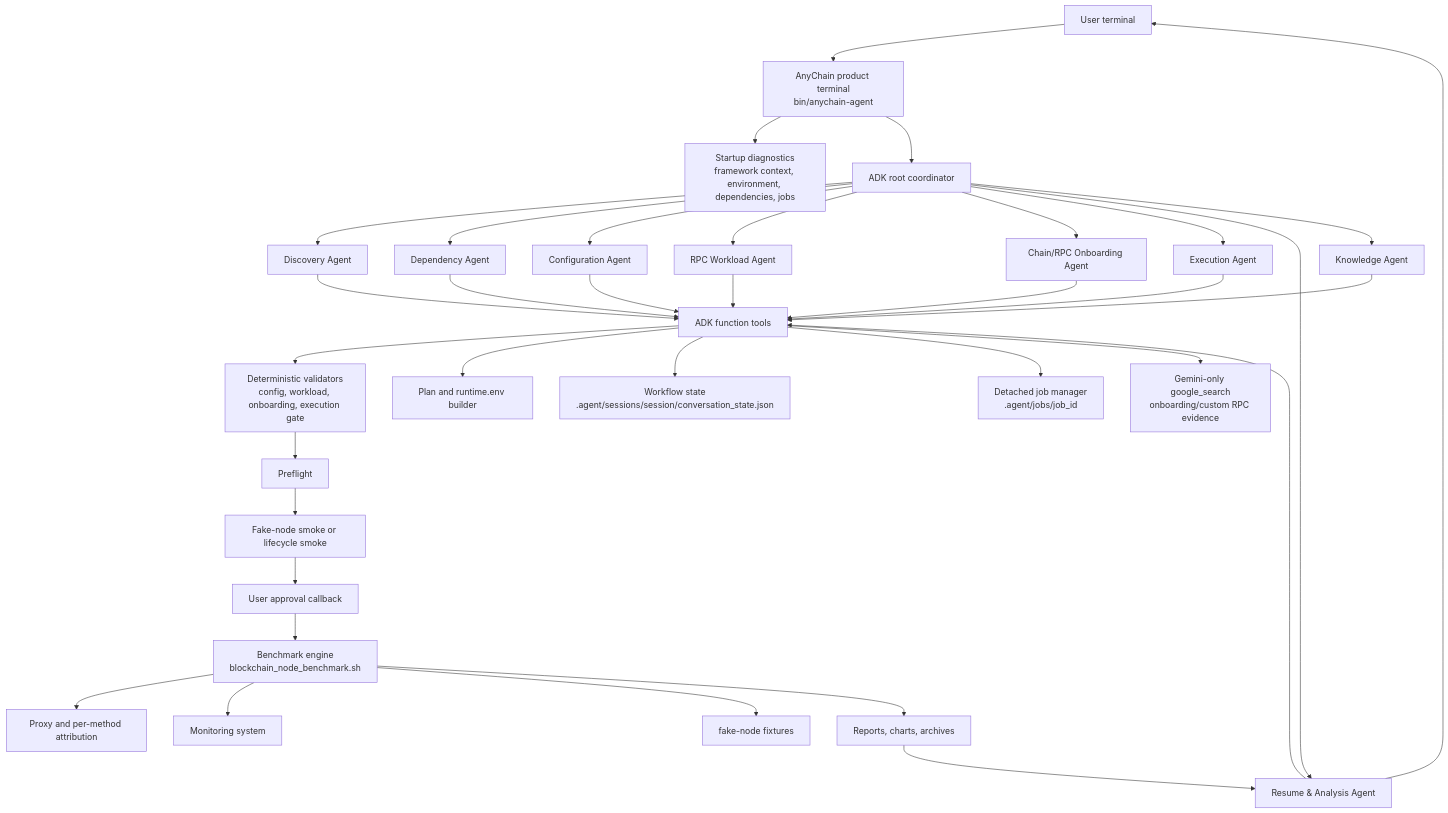
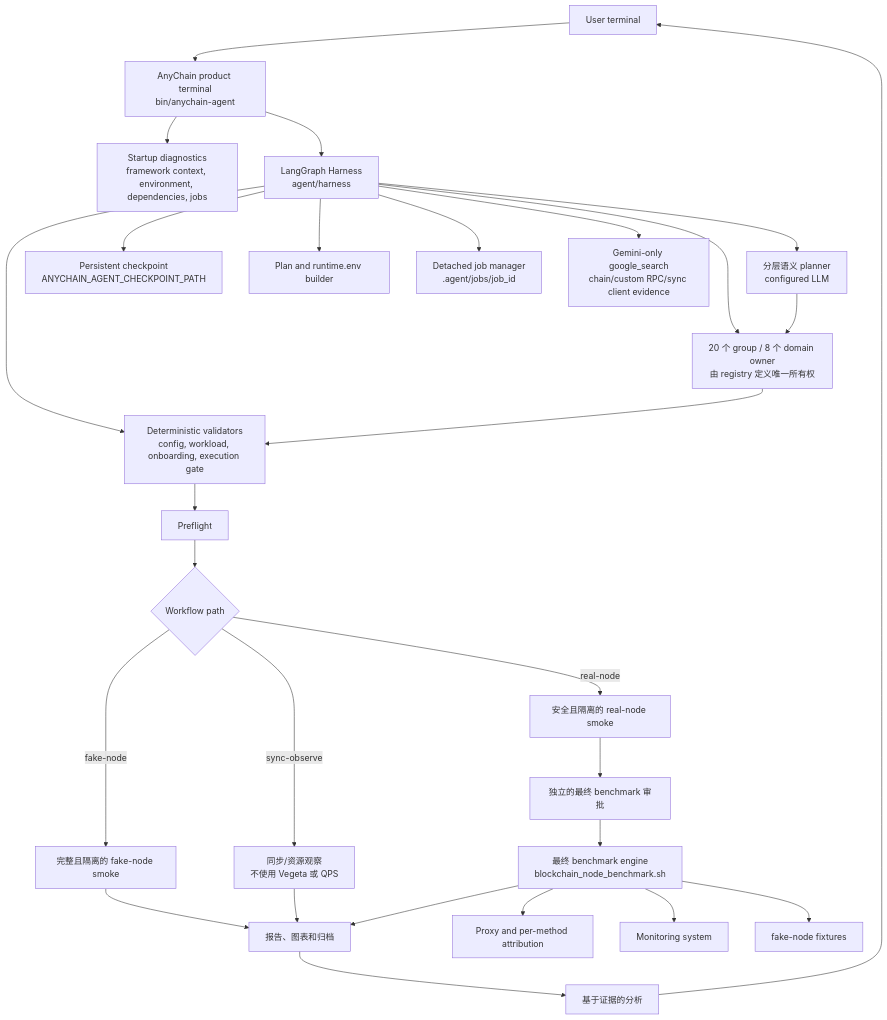
The first of 3 diagrams in docs/zh/adk-agent-architecture.md (StayHungryStayFoolish/AnyChainBenchmarkAgent), drawn with Mermaid before and after one commit. The commit also changed other lines of this file and 458 other files, not shown here.

First line of the commit message:
feat(agent): stabilize workflows and add BSC sync metrics (#54)

````diff
--- a/docs/zh/adk-agent-architecture.md
+++ b/docs/zh/adk-agent-architecture.md
@@ -10,41 +69,33 @@
 ```mermaid
 flowchart TD
   U["User terminal"] --> T["AnyChain product terminal<br/>bin/anychain-agent"]
   T --> D["Startup diagnostics<br/>framework context, environment, dependencies, jobs"]
-  T --> R["ADK root coordinator"]
+  T --> H["LangGraph Harness<br/>agent/harness"]
 
-  R --> DS["Discovery Agent"]
-  R --> DEP["Dependency Agent"]
-  R --> CFG["Configuration Agent"]
-  R --> RPC["RPC Workload Agent"]
-  R --> ONB["Chain/RPC Onboarding Agent"]
-  R --> EXE["Execution Agent"]
-  R --> ANA["Resume & Analysis Agent"]
-  R --> KB["Knowledge Agent"]
+  H --> I["分层语义 planner<br/>configured LLM"]
+  H --> G["20 个 group / 8 个 domain owner<br/>由 registry 定义唯一所有权"]
+  H --> S["Persistent checkpoint<br/>ANYCHAIN_AGENT_CHECKPOINT_PATH"]
+  H --> VAL["Deterministic validators<br/>config, workload, onboarding, execution gate"]
+  H --> PLAN["Plan and runtime.env builder"]
+  H --> JOB["Detached job manager<br/>.agent/jobs/job_id"]
+  H --> SEARCH["Gemini-only google_search<br/>chain/custom RPC/sync client evidence"]
 
-  DS --> TOOLS["ADK function tools"]
-  DEP --> TOOLS
-  CFG --> TOOLS
-  RPC --> TOOLS
-  ONB --> TOOLS
-  EXE --> TOOLS
-  ANA --> TOOLS
-  KB --> TOOLS
-
-  TOOLS --> VAL["Deterministic validators<br/>config, workload, onboarding, execution gate"]
-  TOOLS --> PLAN["Plan and runtime.env builder"]
-  TOOLS --> STATE["Workflow state<br/>.agent/sessions/session/conversation_state.json"]
-  TOOLS --> JOB["Detached job manager<br/>.agent/jobs/job_id"]
-  TOOLS --> SEARCH["Gemini-only google_search<br/>onboarding/custom RPC evidence"]
+  I --> G
+  G --> VAL
 
   VAL --> PRE["Preflight"]
-  PRE --> SMOKE["Fake-node smoke or lifecycle smoke"]
-  SMOKE --> APPROVE["User approval callback"]
-  APPROVE --> BENCH["Benchmark engine<br/>blockchain_node_benchmark.sh"]
+  PRE --> MODE{"Workflow path"}
+  MODE -->|"fake-node"| FSMOKE["完整且隔离的 fake-node smoke"]
+  MODE -->|"real-node"| RSMOKE["安全且隔离的 real-node smoke"]
+  RSMOKE --> APPROVE["独立的最终 benchmark 审批"]
+  APPROVE --> BENCH["最终 benchmark engine<br/>blockchain_node_benchmark.sh"]
+  MODE -->|"sync-observe"| SYNC["同步/资源观察<br/>不使用 Vegeta 或 QPS"]
+  FSMOKE --> ART["报告、图表和归档"]
+  SYNC --> ART
   BENCH --> PROXY["Proxy and per-method attribution"]
   BENCH --> MON["Monitoring system"]
   BENCH --> FN["fake-node fixtures"]
-  BENCH --> ART["Reports, charts, archives"]
-  ART --> ANA
+  BENCH --> ART
+  ART --> ANA["基于证据的分析"]
   ANA --> U
 ```
````
